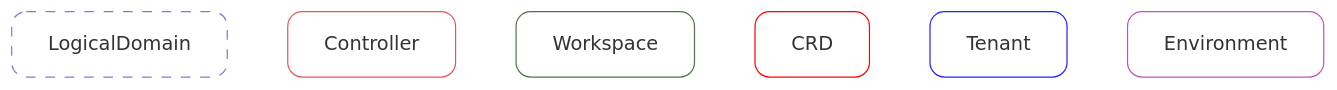
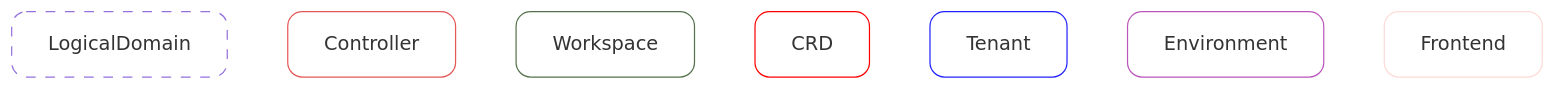
Before and after one commit to netgroup-polito/CrownLabs: the first of 7 diagrams in BIGPICTURE.md, drawn with Mermaid. The commit also changed other lines of this file, not shown here.

Commit message:
added graph for frontend and gateway + new color for frontend

````diff
--- a/BIGPICTURE.md
+++ b/BIGPICTURE.md
@@ -3,27 +3,30 @@
 ```mermaid
 %% ==== OVERVIEW GRAPH ====
 flowchart TB
 
 LogicalDomain
 Controller
 Workspace
 CRD
 Tenant
 Environment
+Frontend
 
 %% General Class Definitions - Border Styles (BS)
 classDef GenericDashedBS fill:none,rx:12,ry:12,stroke-dasharray:8
 classDef ControllerBS stroke:#E45756,rx:12,ry:12,fill:none
 classDef WorkspaceBS stroke:#54724B,rx:12,ry:12,fill:none
 classDef CustomResourceBS stroke:#FF0000,rx:12,ry:12,fill:none
 classDef TenantBS stroke:#2222FF,rx:12,ry:12,fill:none
 classDef EnvironmentBS stroke:#BB55BB,rx:12,ry:12,fill:none
+classDef FrontendBS stroke:#FDDCD7,rx:12,ry:12,fill:none
 
 %% Class Applications
 class LogicalDomain GenericDashedBS
 class Controller ControllerBS
 class Workspace WorkspaceBS
 class CRD CustomResourceBS
 class Tenant TenantBS
 class Environment EnvironmentBS
+class Frontend FrontendBS
 ```
````
